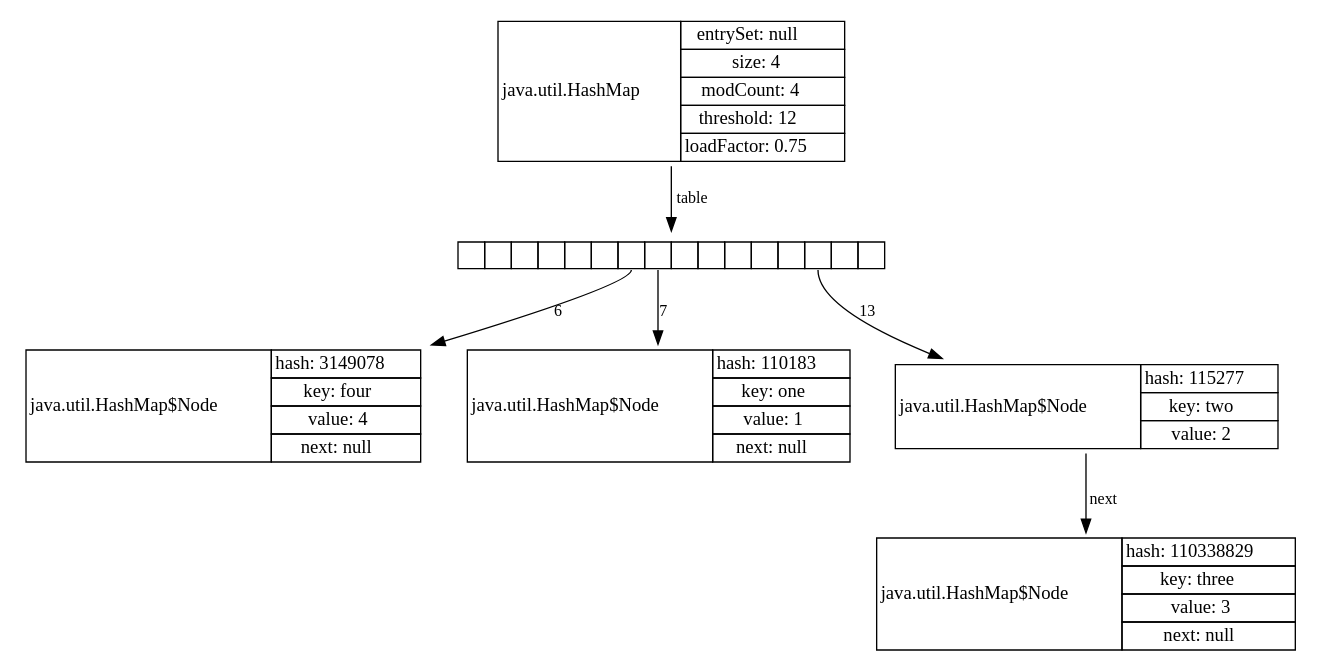
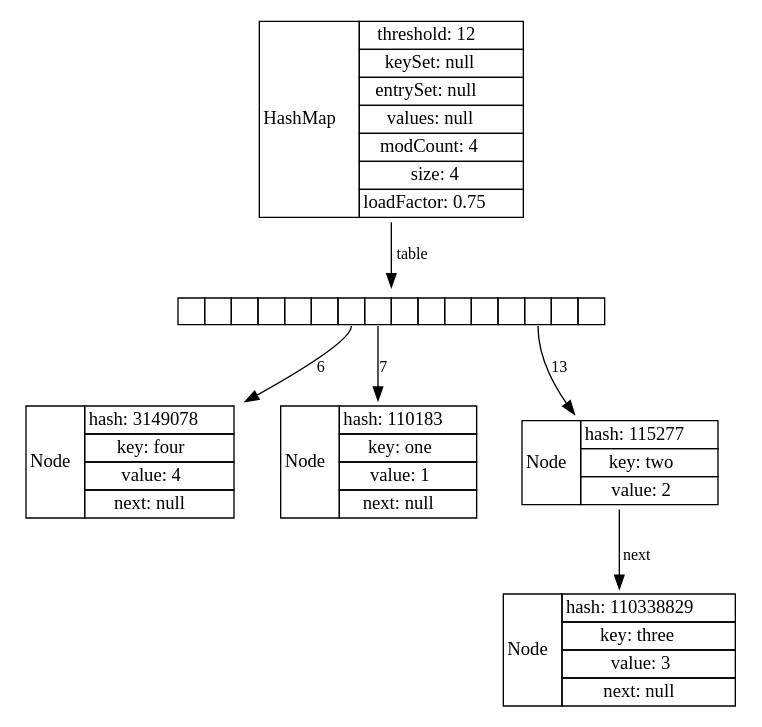
Diagram 12 of 18 in doc/src/main/asciidoc/start.adoc (openjdk/jol), drawn with Graphviz before and after one commit. The commit also changed other lines of this file and 3 other files, not shown here.

```diff
--- a/doc/src/main/asciidoc/start.adoc
+++ b/doc/src/main/asciidoc/start.adoc
@@ -1109,19 +978,25 @@
 	n1[label=<
 		<table border='0' cellborder='1' cellspacing='0'>
 			<tr>
-				<td rowspan='6'>java.util.HashMap</td>
+				<td rowspan='8'>HashMap</td>
+			</tr>
+			<tr>
+				<td>threshold: 12</td>
+			</tr>
+			<tr>
+				<td>keySet: null</td>
 			</tr>
 			<tr>
 				<td>entrySet: null</td>
 			</tr>
 			<tr>
-				<td>size: 4</td>
+				<td>values: null</td>
 			</tr>
 			<tr>
 				<td>modCount: 4</td>
 			</tr>
 			<tr>
-				<td>threshold: 12</td>
+				<td>size: 4</td>
 			</tr>
 			<tr>
 				<td>loadFactor: 0.75</td>
@@ -1153,7 +1028,7 @@
 	n3[label=<
 		<table border='0' cellborder='1' cellspacing='0'>
 			<tr>
-				<td rowspan='5'>java.util.HashMap$Node</td>
+				<td rowspan='5'>Node</td>
 			</tr>
 			<tr>
 				<td>hash: 3149078</td>
@@ -1173,7 +1048,7 @@
 	n4[label=<
 		<table border='0' cellborder='1' cellspacing='0'>
 			<tr>
-				<td rowspan='5'>java.util.HashMap$Node</td>
+				<td rowspan='5'>Node</td>
 			</tr>
 			<tr>
 				<td>hash: 110183</td>
@@ -1193,7 +1068,7 @@
 	n5[label=<
 		<table border='0' cellborder='1' cellspacing='0'>
 			<tr>
-				<td rowspan='4'>java.util.HashMap$Node</td>
+				<td rowspan='4'>Node</td>
 			</tr>
 			<tr>
 				<td>hash: 115277</td>
@@ -1209,7 +1084,7 @@
 	n6[label=<
 		<table border='0' cellborder='1' cellspacing='0'>
 			<tr>
-				<td rowspan='5'>java.util.HashMap$Node</td>
+				<td rowspan='5'>Node</td>
 			</tr>
 			<tr>
 				<td>hash: 110338829</td>
@@ -1229,4 +1104,5 @@
 	n2:f13 -> n5[label="13",fontsize=12];
 	n1 -> n2[label="table",fontsize=12];
 }
+
 ----
```
